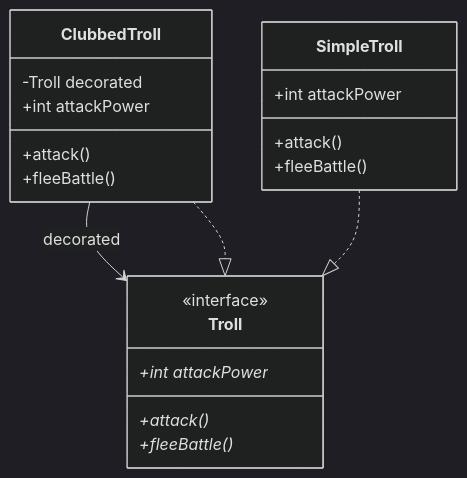
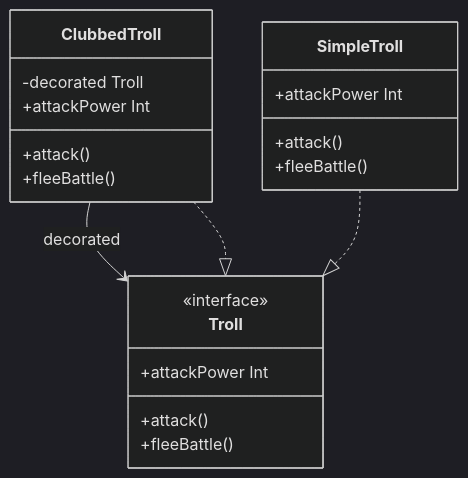
One commit to yonatankarp/kotlin-design-patterns changed the second of 2 diagrams in decorator/README.md. Above: the diagram before and after it, drawn with Mermaid (dark theme). The commit also changed other lines of this file and 6 other files, not shown here.

````diff
--- a/decorator/README.md
+++ b/decorator/README.md
@@ -130,23 +149,23 @@
 ```mermaid
 classDiagram
     class Troll {
         <<interface>>
-        +attack()*
-        +fleeBattle()*
-        +int attackPower*
+        +attackPower Int
+        +attack()
+        +fleeBattle()
     }
     class SimpleTroll {
+        +attackPower Int
         +attack()
         +fleeBattle()
-        +int attackPower
     }
     class ClubbedTroll {
-        -Troll decorated
+        -decorated Troll
+        +attackPower Int
         +attack()
         +fleeBattle()
-        +int attackPower
     }
     ClubbedTroll --> Troll : decorated
     ClubbedTroll ..|> Troll
     SimpleTroll ..|> Troll
 ```
````
